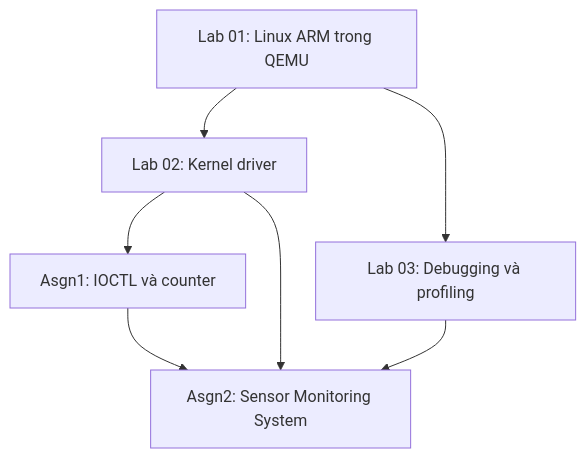
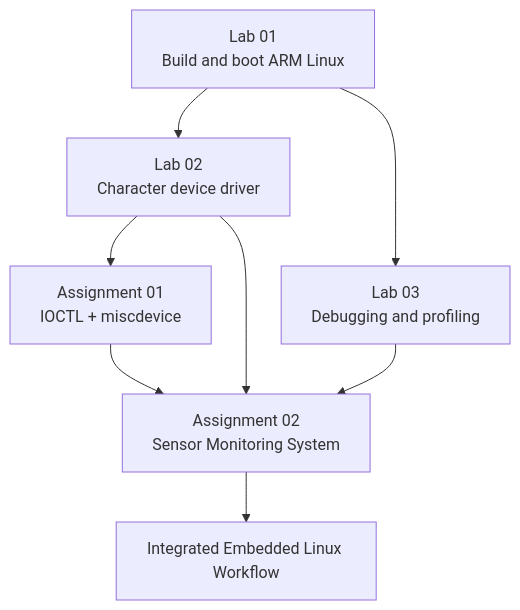
Before and after one commit to Longlmao123/LOS201: the diagram in README.md, drawn with Mermaid. The commit also changed other lines of this file, not shown here.

````diff
--- a/README.md
+++ b/README.md
@@ -46,9 +58,12 @@
 ```mermaid
 flowchart TD
-    L1["Lab 01: Linux ARM trong QEMU"] --> L2["Lab 02: Kernel driver"]
-    L1 --> L3["Lab 03: Debugging và profiling"]
-    L2 --> A1["Asgn1: IOCTL và counter"]
-    L2 --> A2["Asgn2: Sensor Monitoring System"]
+    L1["Lab 01<br/>Build and boot ARM Linux"] --> L2["Lab 02<br/>Character device driver"]
+    L1 --> L3["Lab 03<br/>Debugging and profiling"]
+
+    L2 --> A1["Assignment 01<br/>IOCTL + miscdevice"]
+    L2 --> A2["Assignment 02<br/>Sensor Monitoring System"]
     L3 --> A2
     A1 --> A2
+
+    A2 --> F["Integrated Embedded Linux Workflow"]
 ```
````
